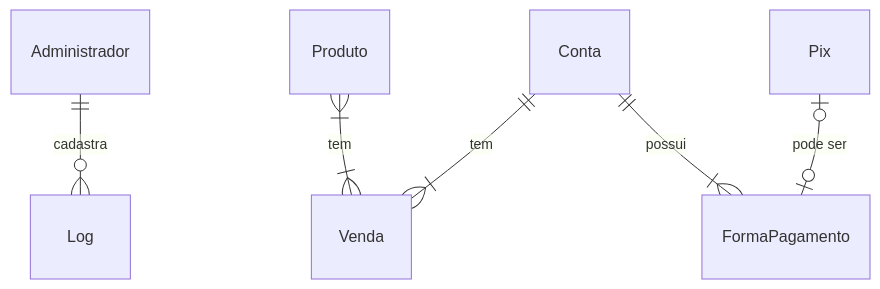
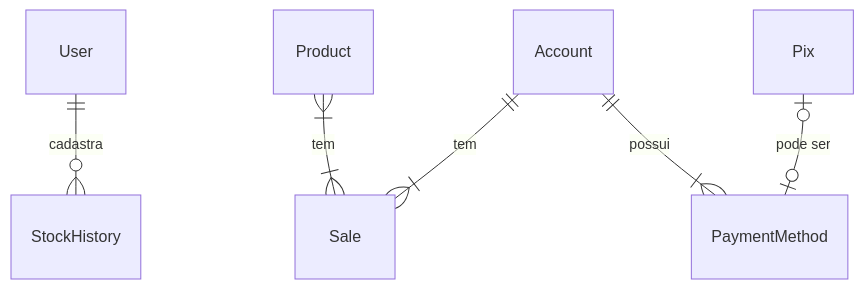
One commit to vitordaniel31/sisvenda changed the second of 2 diagrams in docs/doc_modelo.md. Above: the diagram before and after it, drawn with Mermaid. The commit also changed other lines of this file, not shown here.

````diff
--- a/docs/doc_modelo.md
+++ b/docs/doc_modelo.md
@@ -121,8 +114,8 @@
 ```mermaid
 erDiagram
-    Administrador ||--o{ Log : "cadastra"
-    Produto }|--|{ Venda : "tem"
-    Conta ||--|{ Venda : "tem"
-    Conta ||--|{ FormaPagamento : "possui"
-    Pix |o--o| FormaPagamento : "pode ser"
+    User ||--o{ StockHistory : "cadastra"
+    Product }|--|{ Sale : "tem"
+    Account ||--|{ Sale : "tem"
+    Account ||--|{ PaymentMethod : "possui"
+    Pix |o--o| PaymentMethod : "pode ser"
 ```
````
